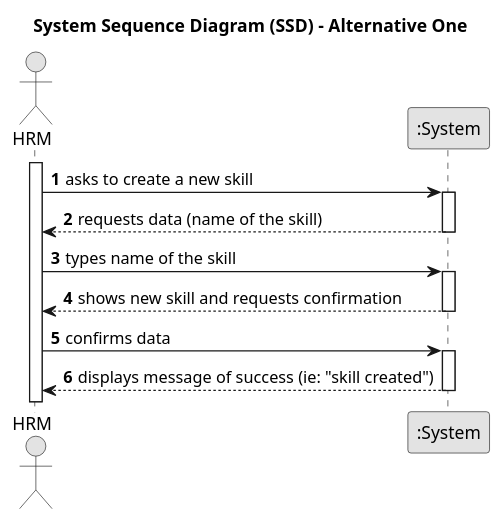
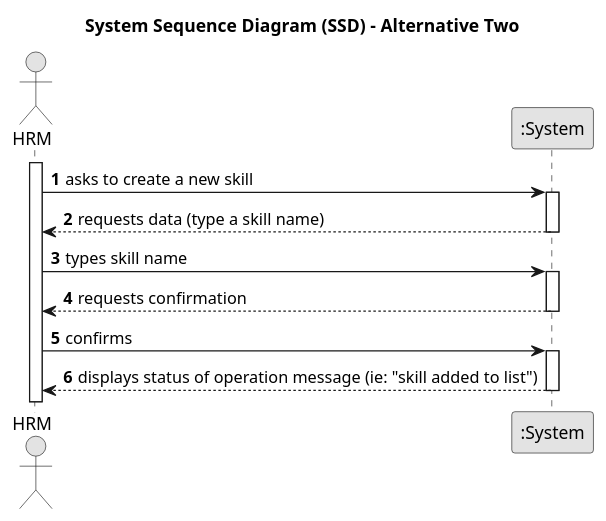
The diagram in docs/sprintB/us001/01.requirements-engineering/puml/us001-system-sequence-diagram-alternative-one.puml (Departamento-de-Engenharia-Informatica/lei-24-s2-1do-g164), drawn with PlantUML before and after one commit. The commit also changed 4 other files, not shown here.

Commit message:
US01(implementation and docs): Mudanças nos SSD de engeneering requirements da user story para estar de acordo com o sequence diagram do design

```diff
--- a/docs/sprintB/us001/01.requirements-engineering/puml/us001-system-sequence-diagram-alternative-one.puml
+++ b/docs/sprintB/us001/01.requirements-engineering/puml/us001-system-sequence-diagram-alternative-one.puml
@@ -1,33 +1,33 @@
 @startuml
 skinparam monochrome true
 skinparam packageStyle rectangle
 skinparam shadowing false
 
-title System Sequence Diagram (SSD) - Alternative One
+title System Sequence Diagram (SSD) - Alternative Two
 
 autonumber
 
 actor "HRM" as Employee
 participant ":System" as System
 
 activate Employee
 
     Employee -> System : asks to create a new skill
     activate System
 
-        System --> Employee : requests data (name of the skill)
+    System --> Employee : requests data (type a skill name)
     deactivate System
 
-    Employee -> System : types name of the skill
+    Employee -> System : types skill name
     activate System
 
-        System --> Employee : shows new skill and requests confirmation
+    Employee <-- System : requests confirmation
     deactivate System
 
-    Employee -> System : confirms data
+    Employee -> System : confirms
     activate System
 
-        System --> Employee : displays message of success (ie: "skill created")
+    System --> Employee : displays status of operation message (ie: "skill added to list")
     deactivate System
 
 @enduml
```
